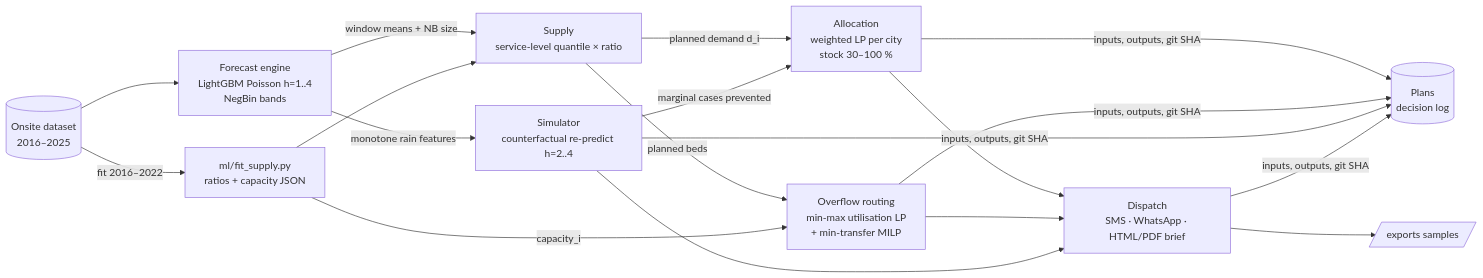
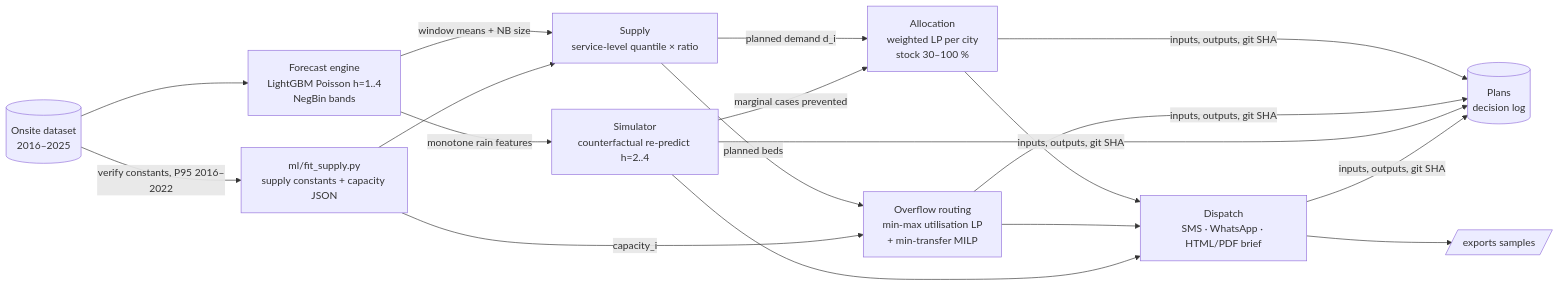
The second of 2 diagrams in ARCHITECTURE.md (akramrafid/Abhas---AI-Engineering-Hackathon), drawn with Mermaid before and after one commit. The commit also changed other lines of this file and 11 other files, not shown here.

Commit message:
version-onsite-final: docs(arch): apply human decisions — exact supply constants, approved capacity, config in WP0

````diff
--- a/ARCHITECTURE.md
+++ b/ARCHITECTURE.md
@@ -149,17 +149,17 @@
 ```mermaid
 flowchart LR
-  DS[(Onsite dataset<br/>2016–2025)] -->|fit 2016–2022| FIT[ml/fit_supply.py<br/>ratios + capacity JSON]
+  DS[(Onsite dataset<br/>2016–2025)] -->|verify constants, P95 2016–2022| FIT[ml/fit_supply.py<br/>supply constants + capacity JSON]
   DS --> FC[Forecast engine<br/>LightGBM Poisson h=1..4<br/>NegBin bands]
   FC -->|window means + NB size| SUP[Supply<br/>service-level quantile × ratio]
   FIT --> SUP
   SUP -->|planned demand d_i| ALLOC[Allocation<br/>weighted LP per city<br/>stock 30–100 %]
   SUP -->|planned beds| ROUTE[Overflow routing<br/>min-max utilisation LP<br/>+ min-transfer MILP]
   FIT -->|capacity_i| ROUTE
   FC -->|monotone rain features| SIM[Simulator<br/>counterfactual re-predict h=2..4]
   SIM -->|marginal cases prevented| ALLOC
   ALLOC --> DISP[Dispatch<br/>SMS · WhatsApp · HTML/PDF brief]
   ROUTE --> DISP
   SIM --> DISP
   ALLOC & ROUTE & SIM & DISP -->|inputs, outputs, git SHA| PLANS[(Plans<br/>decision log)]
   DISP --> EXP[/exports samples/]
 ```
````
